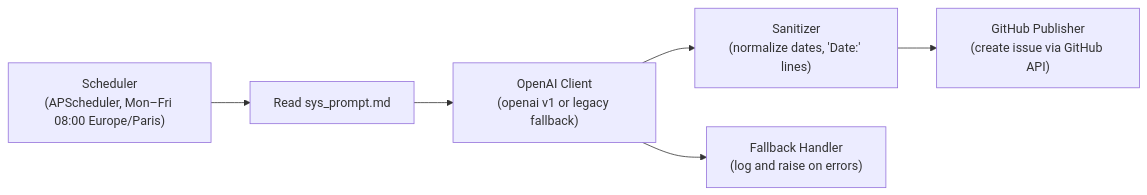
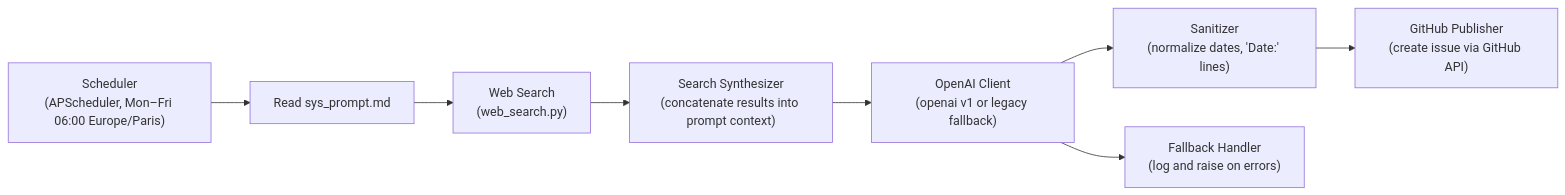
The diagram in README.md (caggursoy/os_daily), drawn with Mermaid before and after one commit. The commit also changed other lines of this file and 4 other files, not shown here.

First line of the commit message:
Add web search integration for prompt context

````diff
--- a/README.md
+++ b/README.md
@@ -10,8 +10,10 @@
 ```mermaid
 graph LR
-  A["Scheduler<br/>(APScheduler, Mon–Fri 08:00 Europe/Paris)"] --> B["Read sys_prompt.md"]
-  B --> C["OpenAI Client<br/>(openai v1 or legacy fallback)"]
-  C --> D["Sanitizer<br/>(normalize dates, 'Date:' lines)"]
-  D --> E["GitHub Publisher<br/>(create issue via GitHub API)"]
-  C --> F["Fallback Handler<br/>(log and raise on errors)"]
+	A["Scheduler<br/>(APScheduler, Mon–Fri 06:00 Europe/Paris)"] --> B["Read sys_prompt.md"]
+	B --> G["Web Search<br/>(web_search.py)"]
+	G --> H["Search Synthesizer<br/>(concatenate results into prompt context)"]
+	H --> C["OpenAI Client<br/>(openai v1 or legacy fallback)"]
+	C --> D["Sanitizer<br/>(normalize dates, 'Date:' lines)"]
+	D --> E["GitHub Publisher<br/>(create issue via GitHub API)"]
+	C --> F["Fallback Handler<br/>(log and raise on errors)"]
 ```
````
